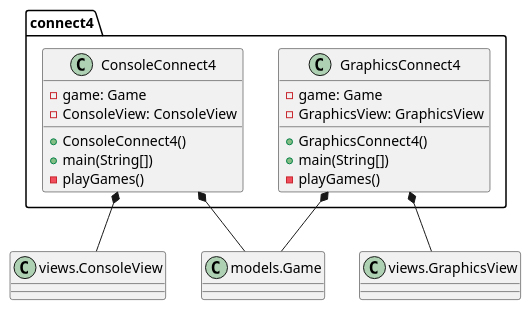
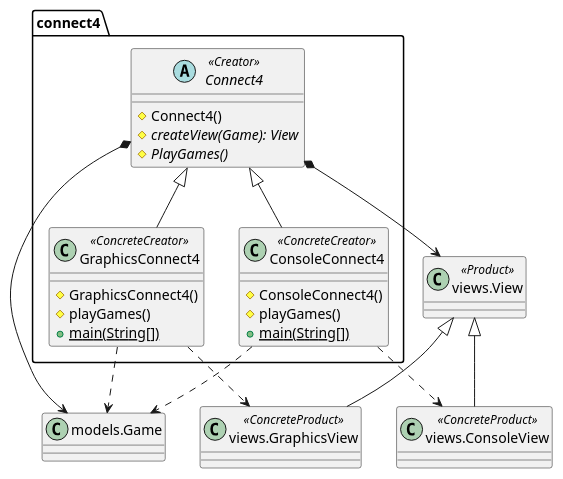
The diagram in connect4/Docs/diagrams/src/packages/connect4.connect4.plantuml (js-rom/connect4), drawn with PlantUML before and after one commit. The commit also changed 5 other files, not shown here.

```diff
--- a/connect4/Docs/diagrams/src/packages/connect4.connect4.plantuml
+++ b/connect4/Docs/diagrams/src/packages/connect4.connect4.plantuml
@@ -1,27 +1,36 @@
 @startuml connect4.connect4
 
-class connect4.ConsoleConnect4
-class connect4.GraphicsConnect4
+abstract class connect4.Connect4 <<Creator>>
+class connect4.ConsoleConnect4 <<ConcreteCreator>>
+class connect4.GraphicsConnect4 <<ConcreteCreator>>
 class Game as "models.Game"
-class ConsoleView as "views.ConsoleView"
-class GraphicsView as "views.GraphicsView"
+class ConsoleView as "views.ConsoleView" <<ConcreteProduct>>
+class GraphicsView as "views.GraphicsView" <<ConcreteProduct>>
+class View as "views.View" <<Product>>
 
-ConsoleConnect4 *-- Game
-ConsoleConnect4 *-- ConsoleView
+Connect4 <|-- ConsoleConnect4
+Connect4 <|-- GraphicsConnect4
+Connect4 *--> View
+Connect4 *--> Game
 
-GraphicsConnect4 *-- Game
-GraphicsConnect4 *-- GraphicsView
+ConsoleConnect4 ..> ConsoleView
+GraphicsConnect4 ..> GraphicsView
+ConsoleConnect4 ..> Game
+GraphicsConnect4 ..> Game
 
-ConsoleConnect4 : -game: Game
-ConsoleConnect4 : -ConsoleView: ConsoleView
-ConsoleConnect4 : +ConsoleConnect4()
-ConsoleConnect4 : + main(String[])
-ConsoleConnect4 : -playGames()
+View <|-- ConsoleView
+View <|-- GraphicsView
 
-GraphicsConnect4 : -game: Game
-GraphicsConnect4 : -GraphicsView: GraphicsView
-GraphicsConnect4 : +GraphicsConnect4()
-GraphicsConnect4 : + main(String[])
-GraphicsConnect4 : -playGames()
+Connect4 : #Connect4()
+Connect4 : {abstract}#createView(Game): View
+Connect4 : {abstract}#PlayGames()
+
+ConsoleConnect4 : #ConsoleConnect4()
+ConsoleConnect4 : #playGames()
+ConsoleConnect4 : {static}+main(String[])
+
+GraphicsConnect4 : #GraphicsConnect4()
+GraphicsConnect4 : #playGames()
+GraphicsConnect4 : {static}+main(String[])
 
 @enduml
```
